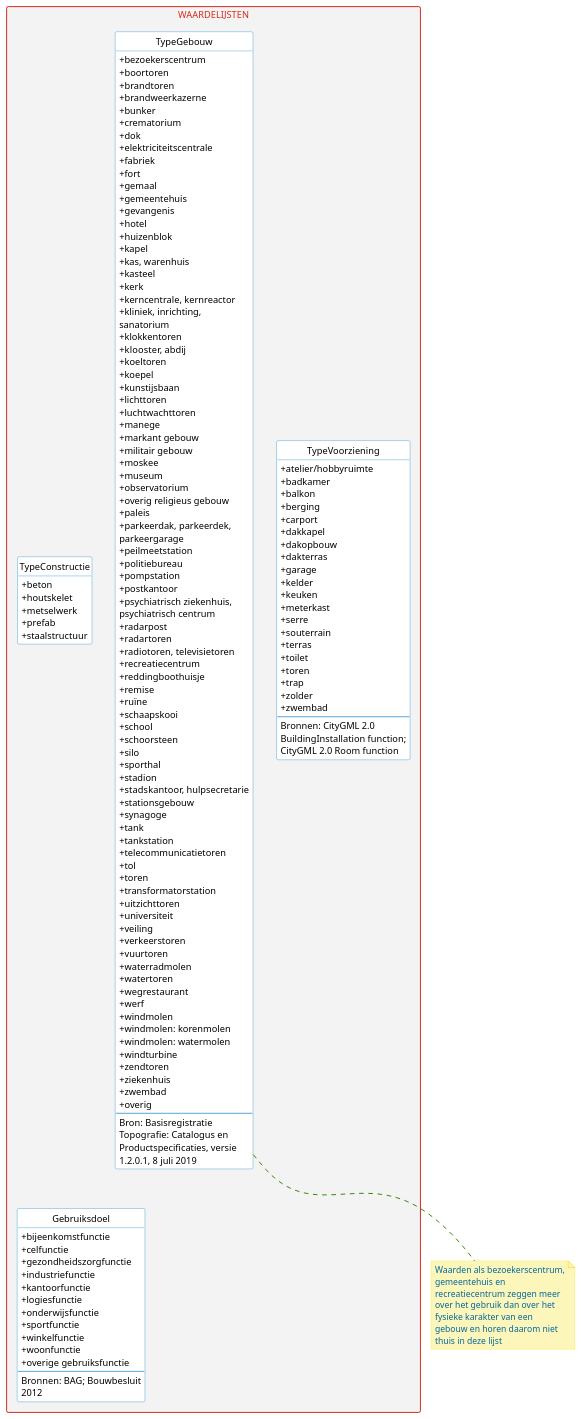
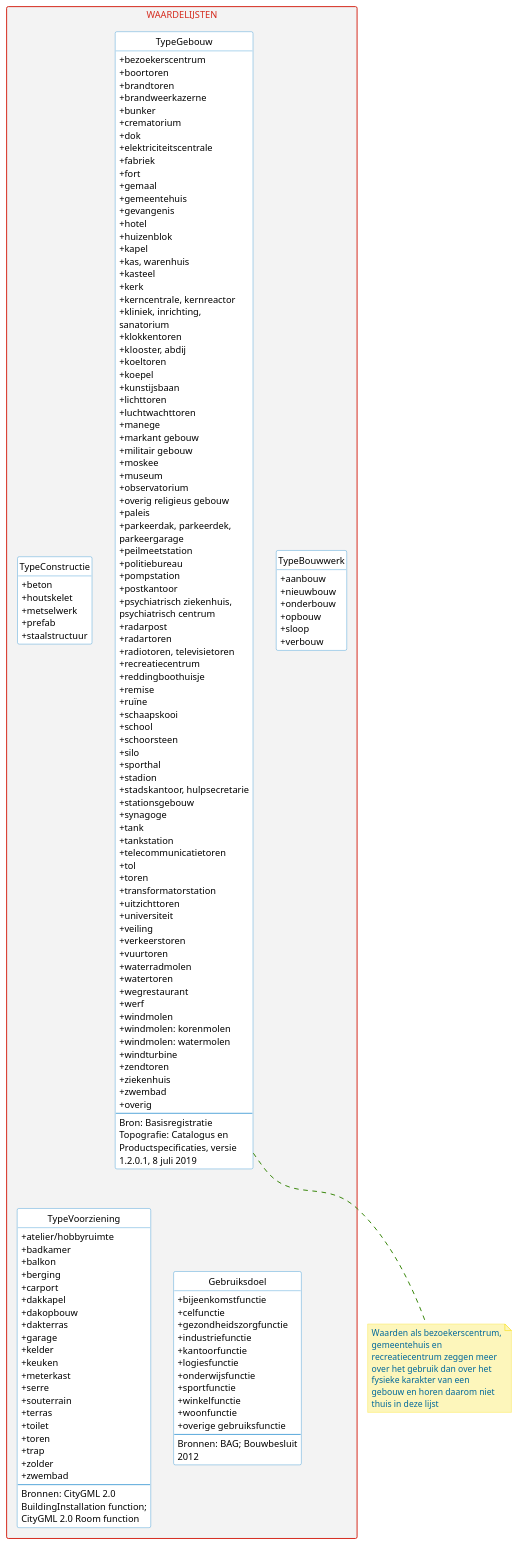
Before and after one commit to geobasisregistraties/werkgroep-bouwwerken: the diagram in model/waardelijsten.puml, drawn with PlantUML.

```diff
--- a/model/waardelijsten.puml
+++ b/model/waardelijsten.puml
@@ -75,6 +75,7 @@
 '     class TypeMetagegeven
 '     class Gebruiksdoel
 '     class TypeGebouw
+'     class TypeBouwwerk
 ' }
 
 package "WAARDELIJSTEN" {
@@ -85,6 +86,15 @@
         + metselwerk
         + prefab
         + staalstructuur
+    }
+
+    class TypeBouwwerk << Referentielijst >> {
+        + aanbouw
+        + nieuwbouw
+        + onderbouw
+        + opbouw
+        + sloop
+        + verbouw
     }
 
     class TypeVoorziening << Referentielijst >> {
```
